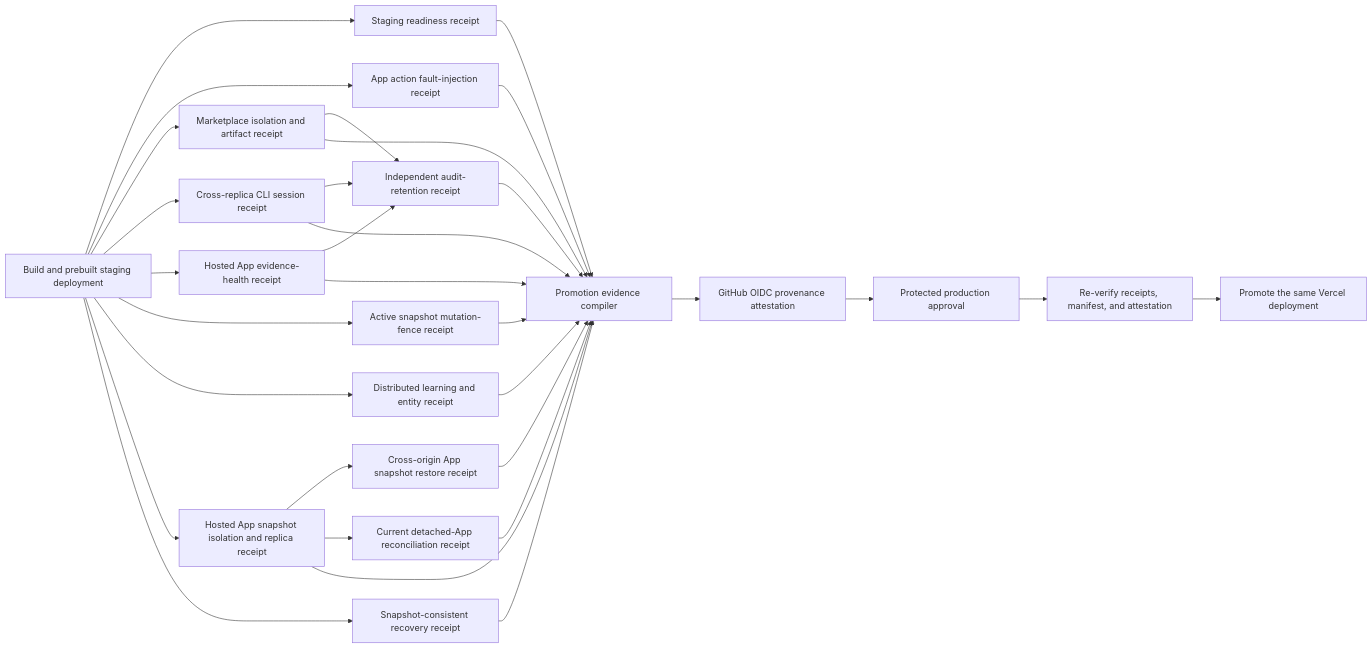
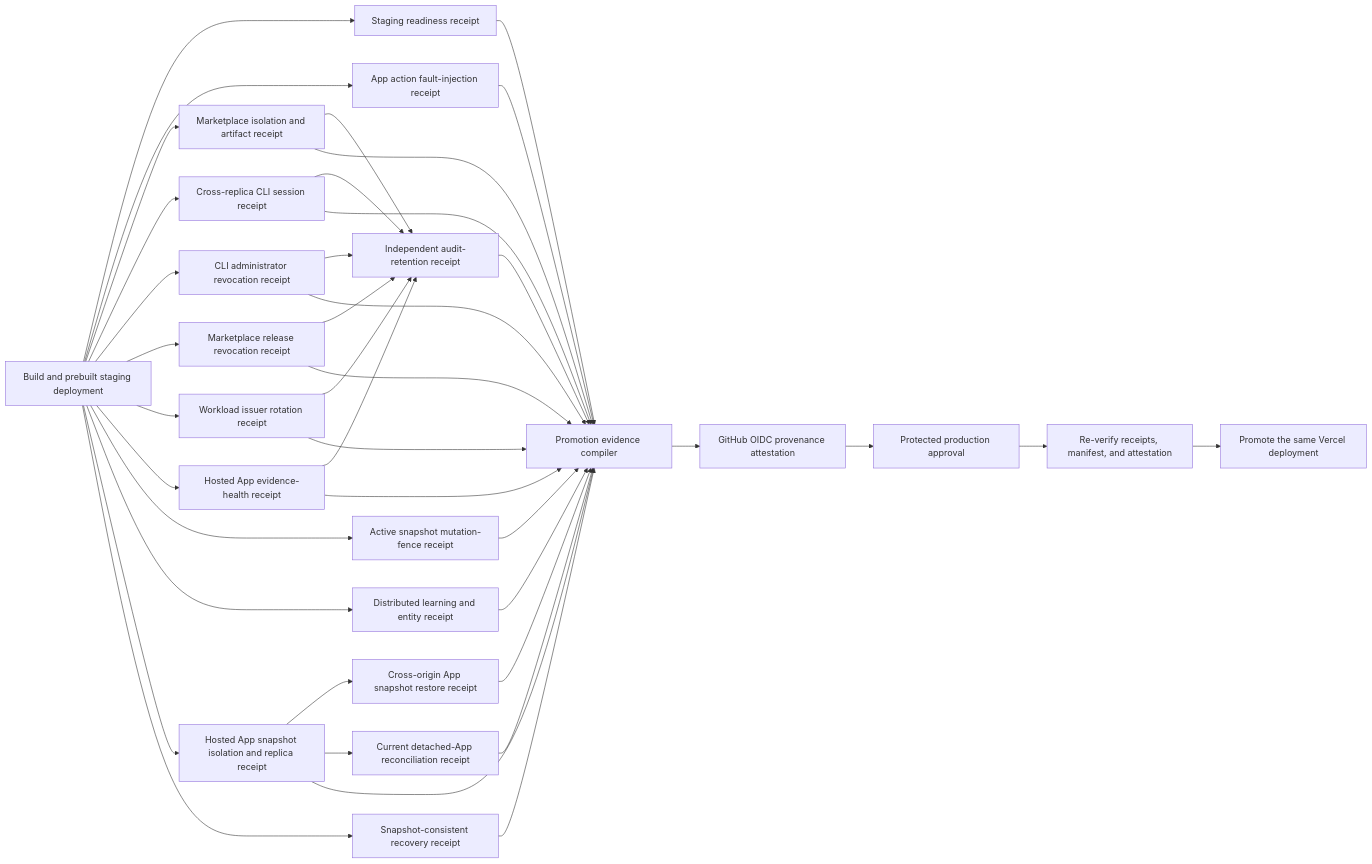
One commit to mrrkrieg/loopgraph changed the diagram in docs/PRODUCTION-PROMOTION-EVIDENCE.md. Above: the diagram before and after it, drawn with Mermaid. The commit also changed other lines of this file and 16 other files, not shown here.

Commit message:
Bind workload issuer rotation to promotion

````diff
--- a/docs/PRODUCTION-PROMOTION-EVIDENCE.md
+++ b/docs/PRODUCTION-PROMOTION-EVIDENCE.md
@@ -8,33 +8,42 @@
 ```mermaid
 flowchart LR
   V["Build and prebuilt staging deployment"] --> S["Staging readiness receipt"]
   V --> F["App action fault-injection receipt"]
   V --> M["Marketplace isolation and artifact receipt"]
   V --> U["Cross-replica CLI session receipt"]
+  V --> J["CLI administrator revocation receipt"]
+  V --> K["Marketplace release revocation receipt"]
+  V --> W["Workload issuer rotation receipt"]
   V --> D["Hosted App evidence-health receipt"]
   V --> Q["Active snapshot mutation-fence receipt"]
   V --> L["Distributed learning and entity receipt"]
   V --> H["Hosted App snapshot isolation and replica receipt"]
   H --> B["Cross-origin App snapshot restore receipt"]
   H --> C["Current detached-App reconciliation receipt"]
   V --> R["Snapshot-consistent recovery receipt"]
   M --> A["Independent audit-retention receipt"]
   D --> A
   U --> A
+  J --> A
+  K --> A
+  W --> A
   S --> E["Promotion evidence compiler"]
   F --> E
   M --> E
   U --> E
+  J --> E
+  K --> E
+  W --> E
   D --> E
   Q --> E
   L --> E
   H --> E
   B --> E
   C --> E
   R --> E
   A --> E
   E --> T["GitHub OIDC provenance attestation"]
   T --> P["Protected production approval"]
   P --> X["Re-verify receipts, manifest, and attestation"]
   X --> Y["Promote the same Vercel deployment"]
 ```
````
